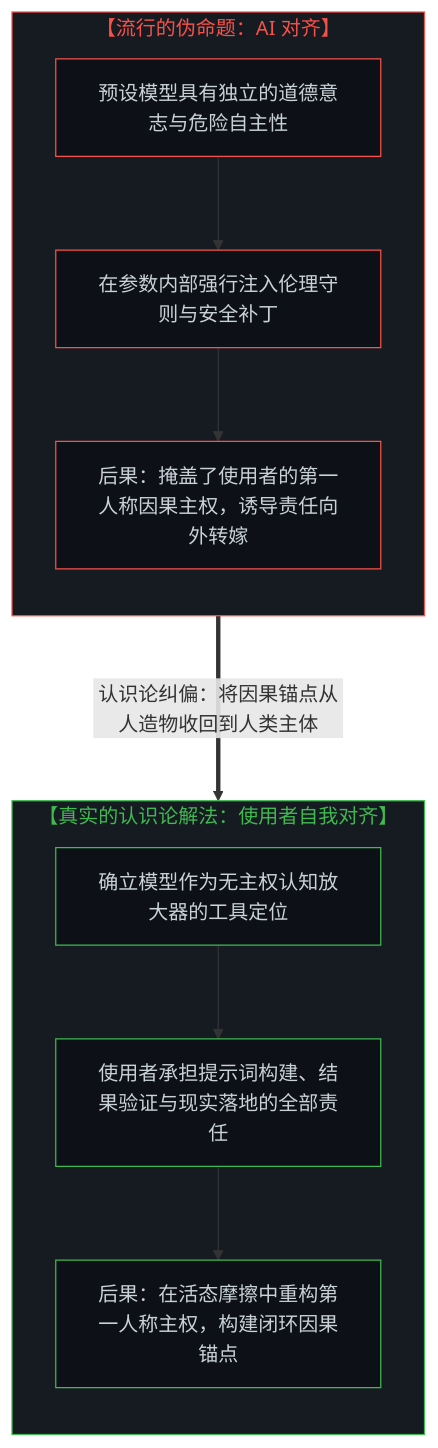
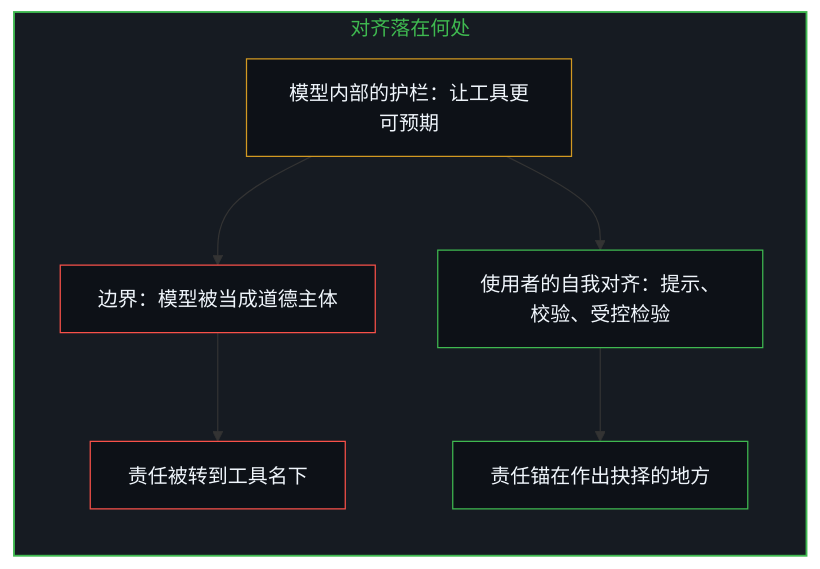
The fifth of 12 diagrams in content/posts/from-the-misallocated-sentience-of-agi-to-human-realignment.md (powerpig99/not-a-toe), drawn with Mermaid before and after one commit. The commit also changed other lines of this file and 2 other files, not shown here.

Commit message:
Refine from-the-misallocated-sentience-of-agi: alternating bilingual layout, six paired diagrams, uses before boundaries, implicit first person

````diff
--- a/content/posts/from-the-misallocated-sentience-of-agi-to-human-realignment.md
+++ b/content/posts/from-the-misallocated-sentience-of-agi-to-human-realignment.md
@@ -136,29 +137,22 @@
 ```mermaid
-graph TD
-    subgraph S_AI_Alignment["【流行的伪命题：AI 对齐】"]
+flowchart TD
+    subgraph S_Align["对齐落在何处"]
         direction TB
-        A1["预设模型具有独立的道德意志与危险自主性"]
-        A2["在参数内部强行注入伦理守则与安全补丁"]
-        A3["后果：掩盖了使用者的第一人称因果主权，诱导责任向外转嫁"]
-        A1 --> A2 --> A3
+        Guard["模型内部的护栏：让工具更可预期"]
+        Agent["边界：模型被当成道德主体"]
+        Shift["责任被转到工具名下"]
+        User["使用者的自我对齐：提示、校验、受控检验"]
+        Anchor["责任锚在作出抉择的地方"]
+        Guard --> Agent
+        Agent --> Shift
+        Guard --> User
+        User --> Anchor
     end
 
-    subgraph S_Human_Realignment["【真实的认识论解法：使用者自我对齐】"]
-        direction TB
-        H1["确立模型作为无主权认知放大器的工具定位"]
-        H2["使用者承担提示词构建、结果验证与现实落地的全部责任"]
-        H3["后果：在活态摩擦中重构第一人称主权，构建闭环因果锚点"]
-        H1 --> H2 --> H3
-    end
-
-    A3 ===>|"认识论纠偏：将因果锚点从人造物收回到人类主体"| H1
-
-    style S_AI_Alignment fill:#161b22,stroke:#f85149,stroke-width:1px,color:#f85149
-    style S_Human_Realignment fill:#161b22,stroke:#3fb950,stroke-width:1px,color:#3fb950
-    style A1 fill:#0d1117,stroke:#f85149,stroke-width:1px,color:#c9d1d9
-    style A2 fill:#0d1117,stroke:#f85149,stroke-width:1px,color:#c9d1d9
-    style A3 fill:#0d1117,stroke:#f85149,stroke-width:1px,color:#c9d1d9
-    style H1 fill:#0d1117,stroke:#3fb950,stroke-width:1px,color:#c9d1d9
-    style H2 fill:#0d1117,stroke:#3fb950,stroke-width:1px,color:#c9d1d9
-    style H3 fill:#0d1117,stroke:#3fb950,stroke-width:1px,color:#c9d1d9
+    style S_Align fill:#161b22,stroke:#3fb950,stroke-width:1.5px,color:#3fb950
+    style Guard fill:#0d1117,stroke:#d29922,stroke-width:1px,color:#f0f6fc
+    style Agent fill:#0d1117,stroke:#f85149,stroke-width:1px,color:#f0f6fc
+    style Shift fill:#0d1117,stroke:#f85149,stroke-width:1px,color:#f0f6fc
+    style User fill:#0d1117,stroke:#3fb950,stroke-width:1px,color:#f0f6fc
+    style Anchor fill:#0d1117,stroke:#3fb950,stroke-width:1px,color:#f0f6fc
 ```
````
